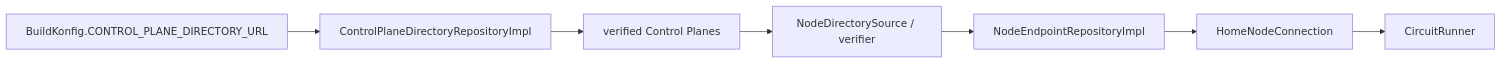
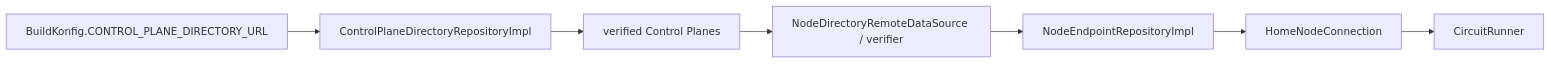
One commit to cbgm/Sparrow changed the diagram in docs/features/transport.md. Above: the diagram before and after it, drawn with Mermaid. The commit also changed other lines of this file and 250 other files, not shown here.

````diff
--- a/docs/features/transport.md
+++ b/docs/features/transport.md
@@ -7,12 +7,12 @@
 ```mermaid
 flowchart LR
     BK[BuildKonfig.CONTROL_PLANE_DIRECTORY_URL]
     DS[ControlPlaneDirectoryRepositoryImpl]
     CP[verified Control Planes]
-    ND[NodeDirectorySource / verifier]
+    ND[NodeDirectoryRemoteDataSource / verifier]
     ER[NodeEndpointRepositoryImpl]
     CM[HomeNodeConnection]
     CR[CircuitRunner]
 
     BK --> DS --> CP --> ND --> ER --> CM --> CR
 ```
````
